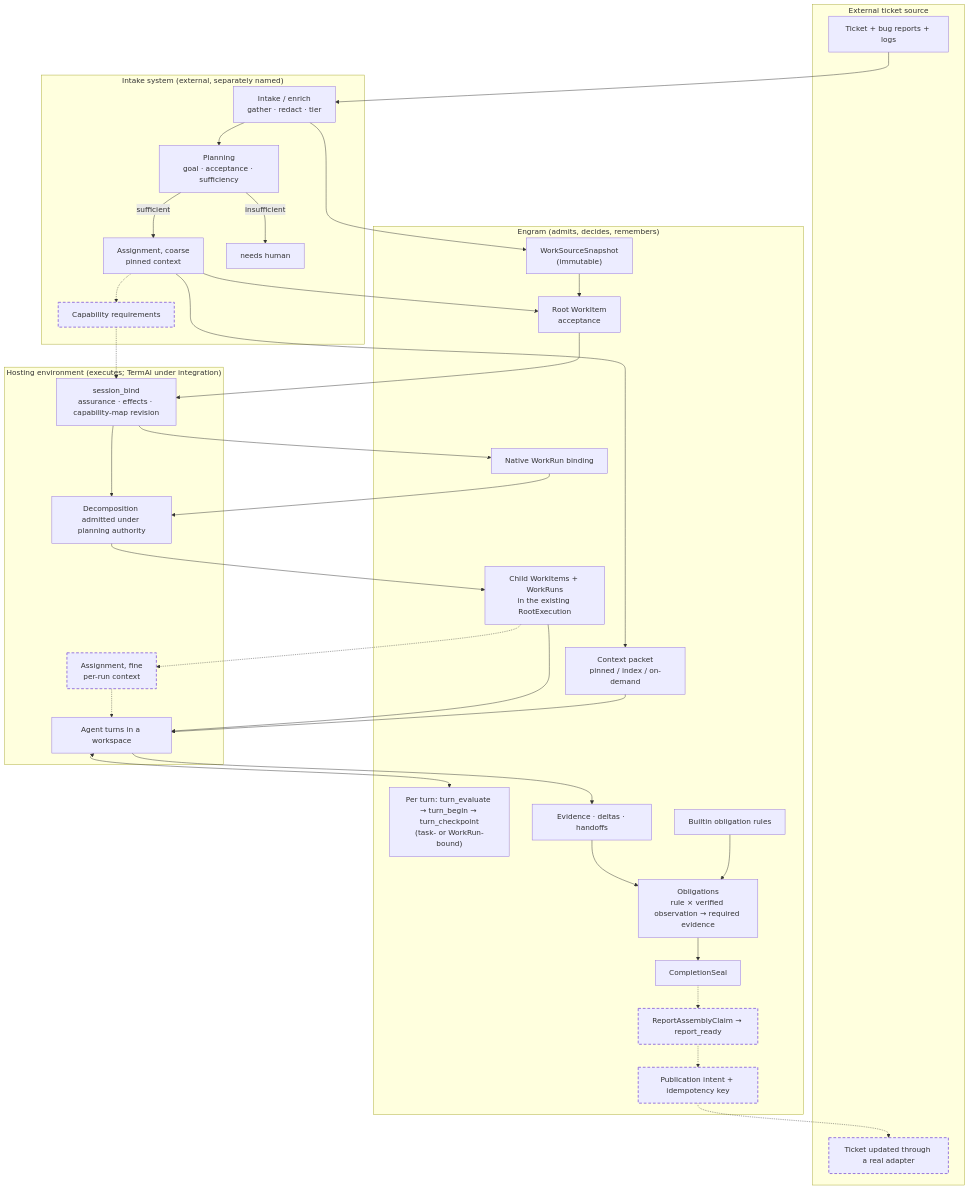
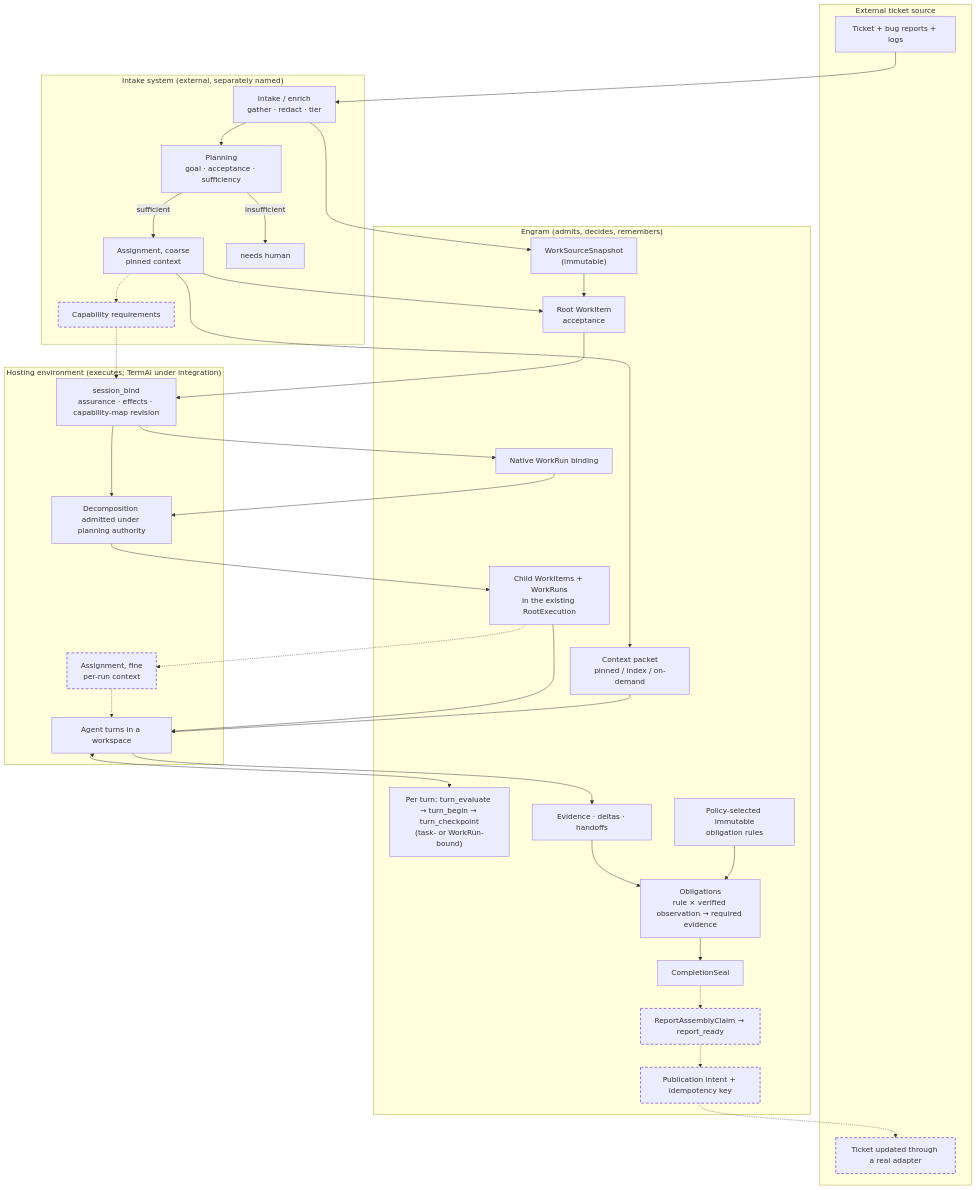
The diagram in docs/features/execution-pipeline.md (grlap/Engram), drawn with Mermaid before and after one commit. The commit also changed other lines of this file and 17 other files, not shown here.

Commit message:
feat: version obligation rules through control policy (eng-1ud.3.15)

````diff
--- a/docs/features/execution-pipeline.md
+++ b/docs/features/execution-pipeline.md
@@ -83,62 +87,62 @@
 ```mermaid
 flowchart TD
     classDef planned stroke-dasharray: 6 4,stroke-width:2px;
 
     subgraph EXT["External ticket source"]
         T["Ticket + bug reports + logs"]
         R["Ticket updated through a real adapter"]
     end
 
     subgraph UP["Intake system (external, separately named)"]
         I["Intake / enrich<br/>gather · redact · tier"]
         P["Planning<br/>goal · acceptance · sufficiency"]
         A1["Assignment, coarse<br/>pinned context"]
         CR["Capability requirements"]
         H["needs human"]
     end
 
     subgraph EN["Engram (admits, decides, remembers)"]
         S["WorkSourceSnapshot<br/>(immutable)"]
         W["Root WorkItem<br/>acceptance"]
         C["Context packet<br/>pinned / index / on-demand"]
         RE["Child WorkItems + WorkRuns<br/>in the existing RootExecution"]
         CT["Per turn: turn_evaluate → turn_begin → turn_checkpoint<br/>(task- or WorkRun-bound)"]
         WB["Native WorkRun binding"]
         EV["Evidence · deltas · handoffs"]
-        PO["Builtin obligation rules"]
+        PO["Policy-selected immutable<br/>obligation rules"]
         OB["Obligations<br/>rule × verified observation → required evidence"]
         SE["CompletionSeal"]
         RA["ReportAssemblyClaim → report_ready"]
         PI["Publication intent + idempotency key"]
     end
 
     subgraph HO["Hosting environment (executes; TermAl under integration)"]
         B["session_bind<br/>assurance · effects · capability-map revision"]
         D["Decomposition admitted under planning authority"]
         A2["Assignment, fine<br/>per-run context"]
         X["Agent turns in a workspace"]
     end
 
     T --> I --> P
     P -- "insufficient" --> H
     P -- "sufficient" --> A1
     A1 -.-> CR
     I --> S
     A1 --> W
     A1 --> C
     S --> W
     W --> B
     CR -.-> B
     B --> WB --> D
     B --> D --> RE
     RE -.-> A2 -.-> X
     RE --> X
     C --> X
     X <--> CT
     X --> EV
     EV --> OB --> SE
     PO --> OB
     SE -.-> RA -.-> PI -.-> R
 
     class CR,A2,RA,PI,R planned
 ```
````
